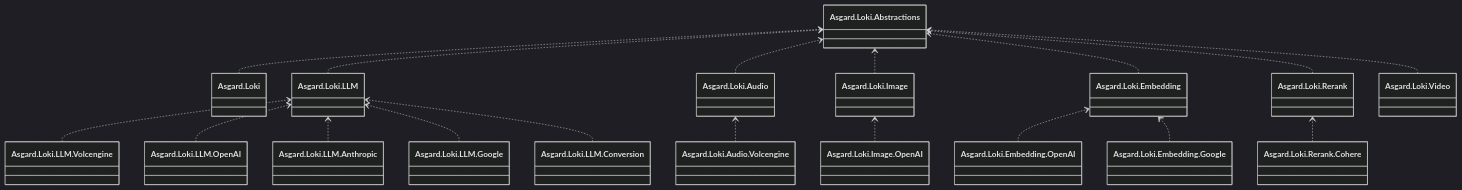
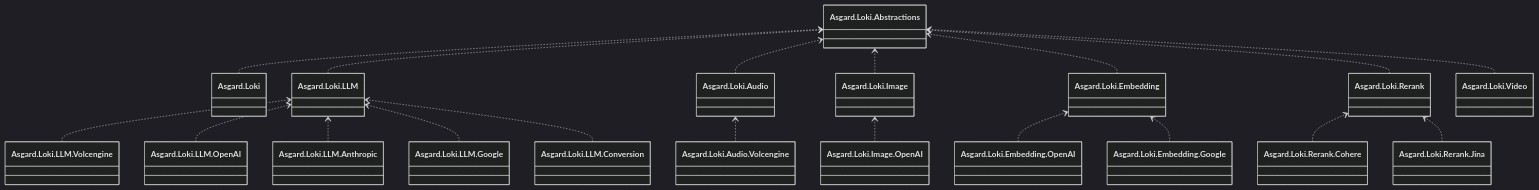
The first of 19 diagrams in docs/architecture.md (BenLampson/Asgard.Loki), drawn with Mermaid (dark theme) before and after one commit. The commit also changed other lines of this file and 28 other files, not shown here.

Commit message:
feat(rerank): add native Jina text and multimodal provider

````diff
--- a/docs/architecture.md
+++ b/docs/architecture.md
@@ -9,39 +9,41 @@
 ```mermaid
 classDiagram
 direction BT
 class Abstractions["Asgard.Loki.Abstractions"]
 class Client["Asgard.Loki"]
 class LLM["Asgard.Loki.LLM"]
 class Audio["Asgard.Loki.Audio"]
 class Image["Asgard.Loki.Image"]
 class Embedding["Asgard.Loki.Embedding"]
 class Rerank["Asgard.Loki.Rerank"]
 class OpenAIEmbedding["Asgard.Loki.Embedding.OpenAI"]
 class GoogleEmbedding["Asgard.Loki.Embedding.Google"]
 class CohereRerank["Asgard.Loki.Rerank.Cohere"]
+class JinaRerank["Asgard.Loki.Rerank.Jina"]
 class Video["Asgard.Loki.Video"]
 class Ark["Asgard.Loki.LLM.Volcengine"]
 class OpenAILLM["Asgard.Loki.LLM.OpenAI"]
 class AnthropicLLM["Asgard.Loki.LLM.Anthropic"]
 class GoogleLLM["Asgard.Loki.LLM.Google"]
 class Conversion["Asgard.Loki.LLM.Conversion"]
 class Speech["Asgard.Loki.Audio.Volcengine"]
 class OpenAIImage["Asgard.Loki.Image.OpenAI"]
 Client ..> Abstractions
 LLM ..> Abstractions
 Audio ..> Abstractions
 Image ..> Abstractions
 Embedding ..> Abstractions
 Rerank ..> Abstractions
 OpenAIEmbedding ..> Embedding
 GoogleEmbedding ..> Embedding
 CohereRerank ..> Rerank
+JinaRerank ..> Rerank
 Video ..> Abstractions
 Ark ..> LLM
 OpenAILLM ..> LLM
 AnthropicLLM ..> LLM
 GoogleLLM ..> LLM
 Conversion ..> LLM
 Speech ..> Audio
 OpenAIImage ..> Image
 ```
````
